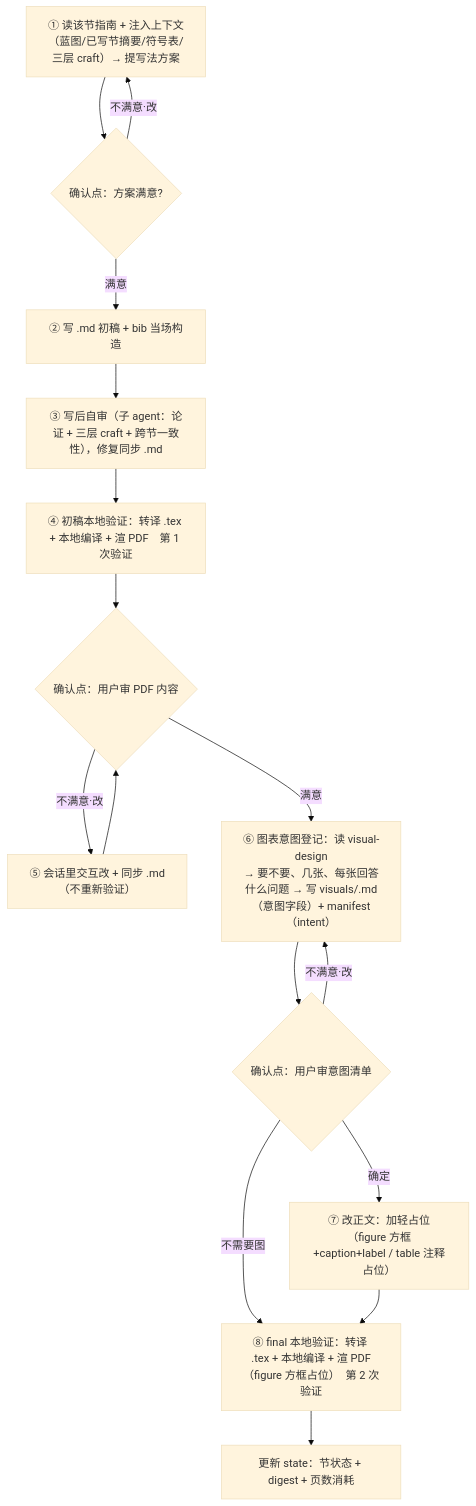
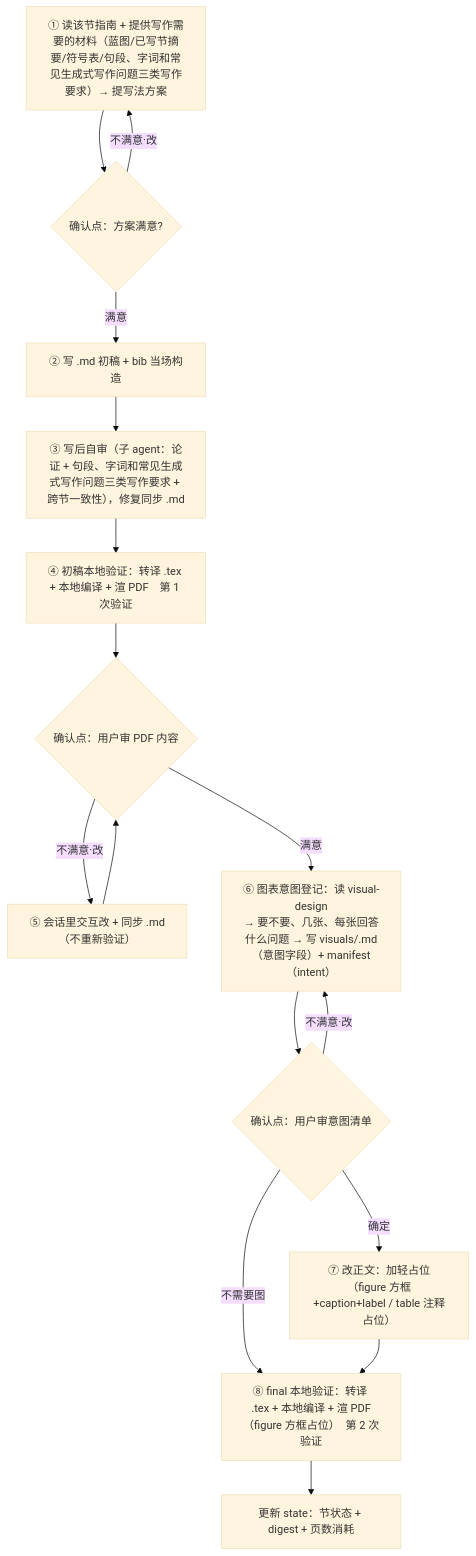
The diagram in plugins/dl-assistant/skills/writing-paper/references/ops/op-3-write-section.md (jackwang0108/dl-assistant), drawn with Mermaid (base theme) before and after one commit. The commit also changed other lines of this file and 143 other files, not shown here.

````diff
--- a/plugins/dl-assistant/skills/writing-paper/references/ops/op-3-write-section.md
+++ b/plugins/dl-assistant/skills/writing-paper/references/ops/op-3-write-section.md
@@ -24,18 +24,18 @@
 ```mermaid
 flowchart TD
-    A1["① 读该节指南 + 注入上下文（蓝图/已写节摘要/符号表/三层 craft）→ 提写法方案"] --> A1G{"确认点：方案满意?"}
+    A1["① 读该节指南 + 提供写作需要的材料（蓝图/已写节摘要/符号表/句段、字词和常见生成式写作问题三类写作要求）→ 提写法方案"] --> A1G{"确认点：方案满意?"}
     A1G -->|不满意·改| A1
     A1G -->|满意| A2["② 写 .md 初稿 + bib 当场构造"]
-    A2 --> A3["③ 写后自审（子 agent：论证 + 三层 craft + 跨节一致性），修复同步 .md"]
+    A2 --> A3["③ 写后自审（子 agent：论证 + 句段、字词和常见生成式写作问题三类写作要求 + 跨节一致性），修复同步 .md"]
     A3 --> LAND1["④ 初稿本地验证：转译 .tex + 本地编译 + 渲 PDF　第 1 次验证"]
     LAND1 --> A5{"确认点：用户审 PDF 内容"}
     A5 -->|不满意·改| A6["⑤ 会话里交互改 + 同步 .md（不重新验证）"]
     A6 --> A5
     A5 -->|满意| SPEC["⑥ 图表意图登记：读 visual-design<br/>→ 要不要、几张、每张回答什么问题 → 写 visuals/<id>.md（意图字段）+ manifest（intent）"]
     SPEC --> SPECG{"确认点：用户审意图清单"}
     SPECG -->|不满意·改| SPEC
     SPECG -->|不需要图| LAND2["⑧ final 本地验证（方框占位）"]
     SPECG -->|确定| A7["⑦ 改正文：加轻占位（figure 方框+caption+label / table 注释占位）"]
     A7 --> LAND2
     LAND2["⑧ final 本地验证：转译 .tex + 本地编译 + 渲 PDF（figure 方框占位）　第 2 次验证"] --> DONE["更新 state：节状态 + digest + 页数消耗"]
 ```
````
